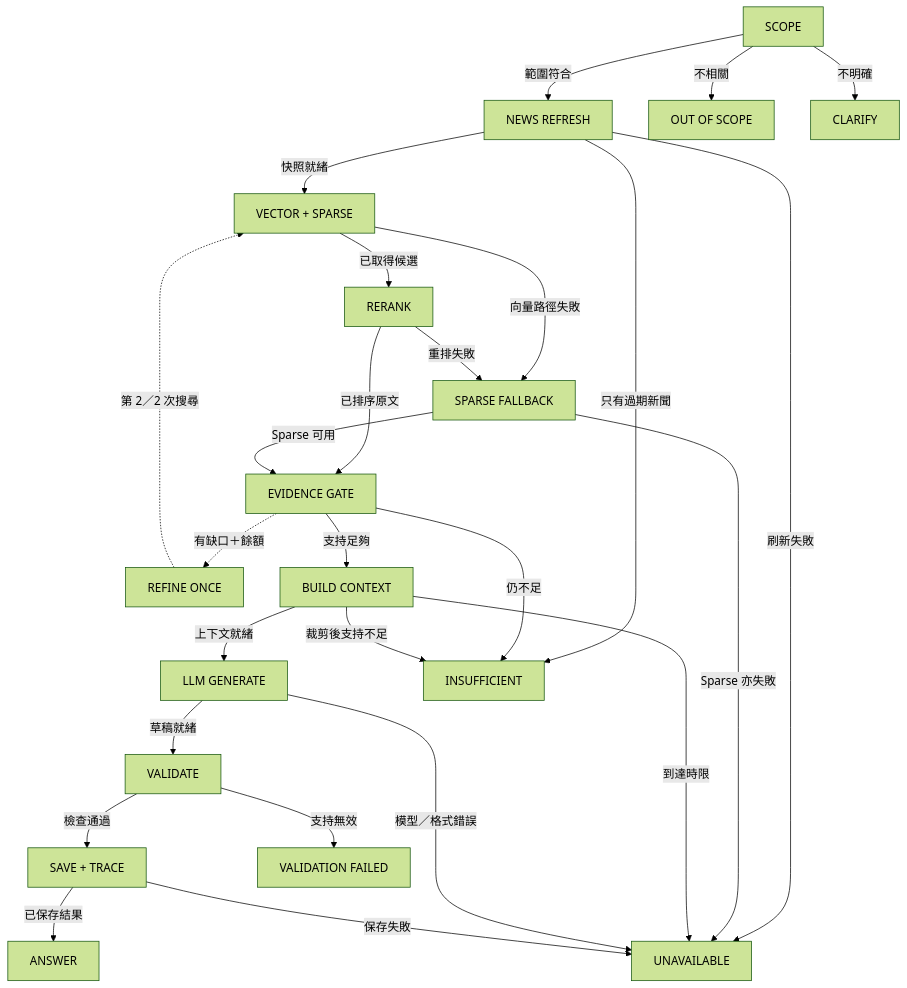
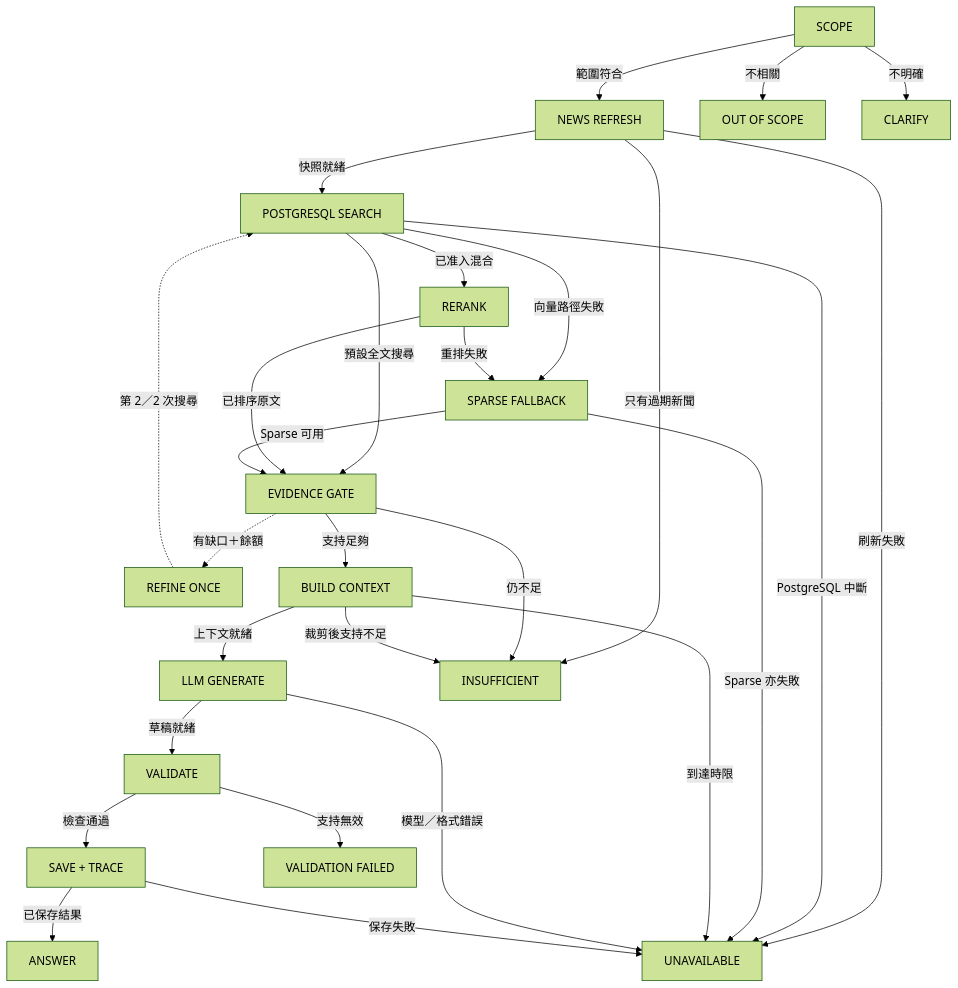
Before and after one commit to ByronHo68/ai-learning-academy: the diagram in public/downloads/finance-diagrams/overall-zh.mmd, drawn with Mermaid (forest theme). The commit also changed 66 other files, not shown here.

Commit message:
Use PostgreSQL for the finance database and retrieval baseline

```diff
--- a/public/downloads/finance-diagrams/overall-zh.mmd
+++ b/public/downloads/finance-diagrams/overall-zh.mmd
@@ -1,43 +1,45 @@
 flowchart TD
   n0["SCOPE"]
   n1["NEWS REFRESH"]
-  n2["VECTOR + SPARSE"]
+  n2["POSTGRESQL SEARCH"]
   n3["RERANK"]
   n4["SPARSE FALLBACK"]
   n5["EVIDENCE GATE"]
   n6["REFINE ONCE"]
   n7["BUILD CONTEXT"]
   n8["LLM GENERATE"]
   n9["VALIDATE"]
   n10["SAVE + TRACE"]
   n11["ANSWER"]
   n12["INSUFFICIENT"]
   n13["OUT OF SCOPE"]
   n14["CLARIFY"]
   n15["UNAVAILABLE"]
   n16["VALIDATION FAILED"]
   n0 -- "範圍符合" --> n1
   n0 -- "不明確" --> n14
   n0 -- "不相關" --> n13
   n1 -- "快照就緒" --> n2
   n1 -- "只有過期新聞" --> n12
   n1 -- "刷新失敗" --> n15
-  n2 -- "已取得候選" --> n3
+  n2 -- "已准入混合" --> n3
+  n2 -- "預設全文搜尋" --> n5
+  n2 -- "PostgreSQL 中斷" --> n15
   n2 -- "向量路徑失敗" --> n4
   n3 -- "已排序原文" --> n5
   n3 -- "重排失敗" --> n4
   n4 -- "Sparse 可用" --> n5
   n4 -- "Sparse 亦失敗" --> n15
   n5 -. "有缺口＋餘額" .-> n6
   n6 -. "第 2／2 次搜尋" .-> n2
   n5 -- "仍不足" --> n12
   n5 -- "支持足夠" --> n7
   n7 -- "裁剪後支持不足" --> n12
   n7 -- "上下文就緒" --> n8
   n7 -- "到達時限" --> n15
   n8 -- "草稿就緒" --> n9
   n8 -- "模型／格式錯誤" --> n15
   n9 -- "支持無效" --> n16
   n9 -- "檢查通過" --> n10
   n10 -- "已保存結果" --> n11
   n10 -- "保存失敗" --> n15
```
